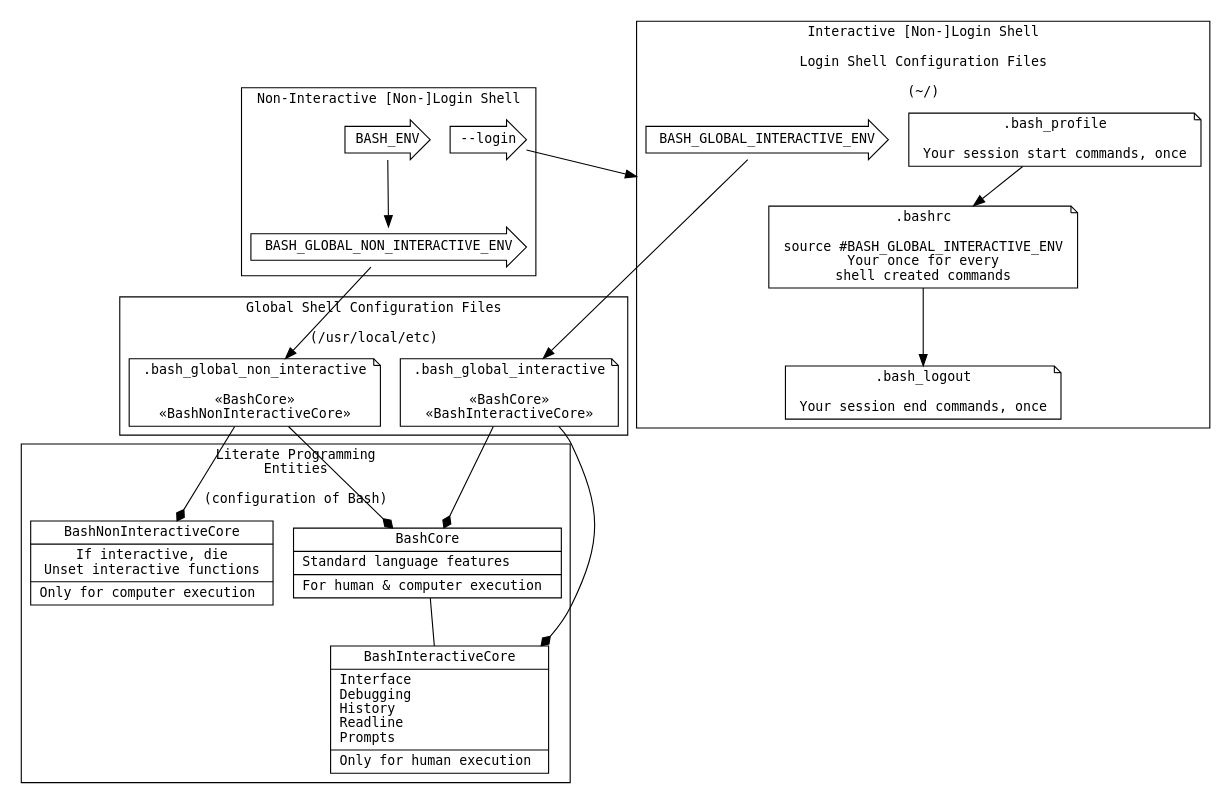
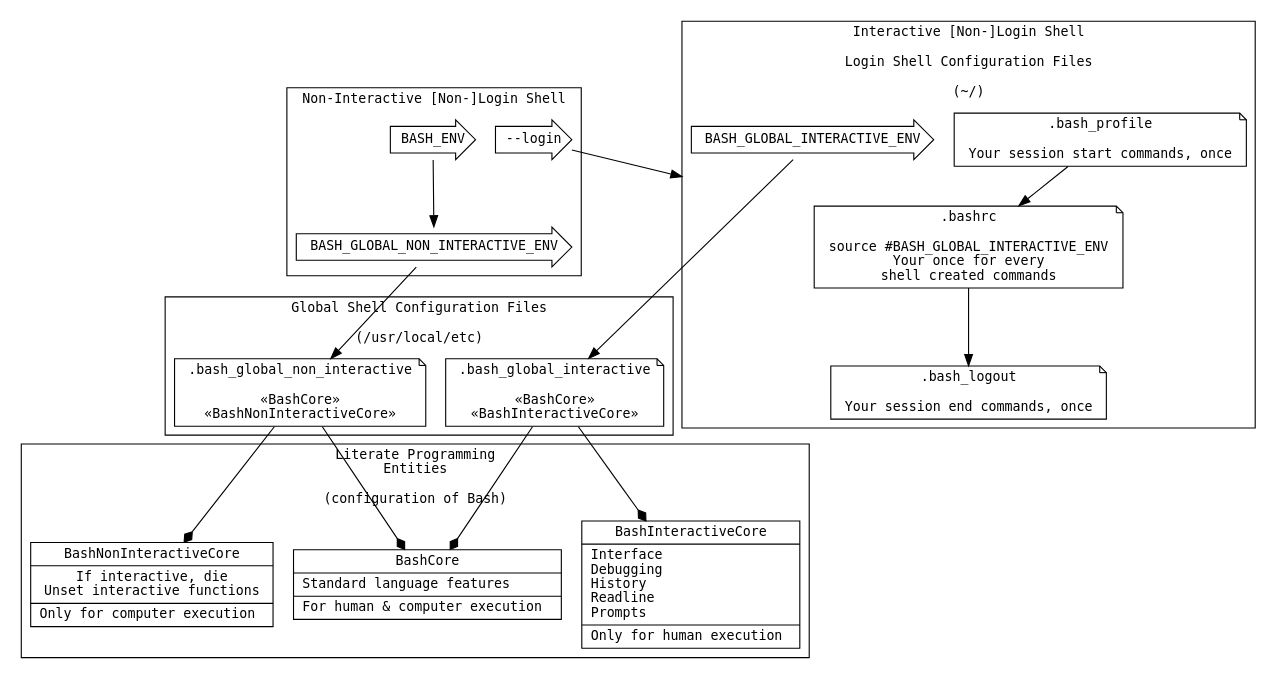
The diagram in bash.org (grettke/bash), drawn with Graphviz before and after one commit. The commit also changed 1 other file, not shown here.

Commit message:
Easier understanding

```diff
--- a/bash.org
+++ b/bash.org
@@ -2436,42 +2436,41 @@
 #+BEGIN_SRC dot :file "./image/version04.png" :wrap "RESULTS"
 digraph version5 {
   fontname = "DejaVu Sans Mono";
   fontsize = 12;
   node [shape = "record" fontname = "DejaVu Sans Mono" fontsize = 12];
   compound = true;
   subgraph cluster_A {
     label = "Literate Programming\nEntities\n\n(configuration of Bash)";
     BashCore[label = "{BashCore|Standard language features\l|For human & computer execution\l}"];
     BashNonInteractiveCore[label = "{BashNonInteractiveCore|If interactive, die\nUnset interactive functions|Only for computer execution\l}"];
     BashInteractiveCore[label = "{BashInteractiveCore|Interface\lDebugging\lHistory\lReadline\lPrompts\l|Only for human execution\l}"];
   }
   subgraph cluster_B {
     label = "Global Shell Configuration Files\n\n(/usr/local/etc)";
     BashGlobalNonInteractiveFile[shape = "note" label = ".bash_global_non_interactive\n\n«BashCore»\n«BashNonInteractiveCore»"];
     BashGlobalInteractiveFile[shape = "note" label = ".bash_global_interactive\n\n«BashCore»\n«BashInteractiveCore»"];
   }
   subgraph cluster_C {
     label = "Interactive [Non-]Login Shell\n\nLogin Shell Configuration Files\n\n(~/)";
     BashProfile[shape = "note" label = ".bash_profile\n\nYour session start commands, once"];
     BashRc[shape = "note" label = ".bashrc\n\nsource #BASH_GLOBAL_INTERACTIVE_ENV\nYour once for every\nshell created commands"];
     BashLogout[shape = "note" label = ".bash_logout\n\nYour session end commands, once"];
     BashGlobalInteractiveProp [shape = "rarrow" label = "BASH_GLOBAL_INTERACTIVE_ENV"];
   }
   subgraph cluster_D {
     label = "Non-Interactive [Non-]Login Shell";
     BashEnv [shape = "rarrow" label = "BASH_ENV"];
     BashGlobalNonInteractiveProp [shape = "rarrow" label = "BASH_GLOBAL_NON_INTERACTIVE_ENV"];
     BashNonInteractiveLoginInit [shape = "rarrow" label="--login"];
   }
-  BashCore -> BashInteractiveCore [arrowhead=none];
   BashProfile -> BashRc;
   BashRc -> BashLogout;
   BashEnv -> BashGlobalNonInteractiveProp -> BashGlobalNonInteractiveFile;
   BashGlobalInteractiveProp -> BashGlobalInteractiveFile;
   BashNonInteractiveLoginInit -> BashRc [lhead=cluster_C];
   BashGlobalInteractiveFile -> BashCore [arrowhead=diamond];
   BashGlobalInteractiveFile -> BashInteractiveCore [arrowhead=diamond];
   BashGlobalNonInteractiveFile -> BashCore [arrowhead=diamond];
   BashGlobalNonInteractiveFile -> BashNonInteractiveCore [arrowhead=diamond];
 }
 #+END_SRC
```
